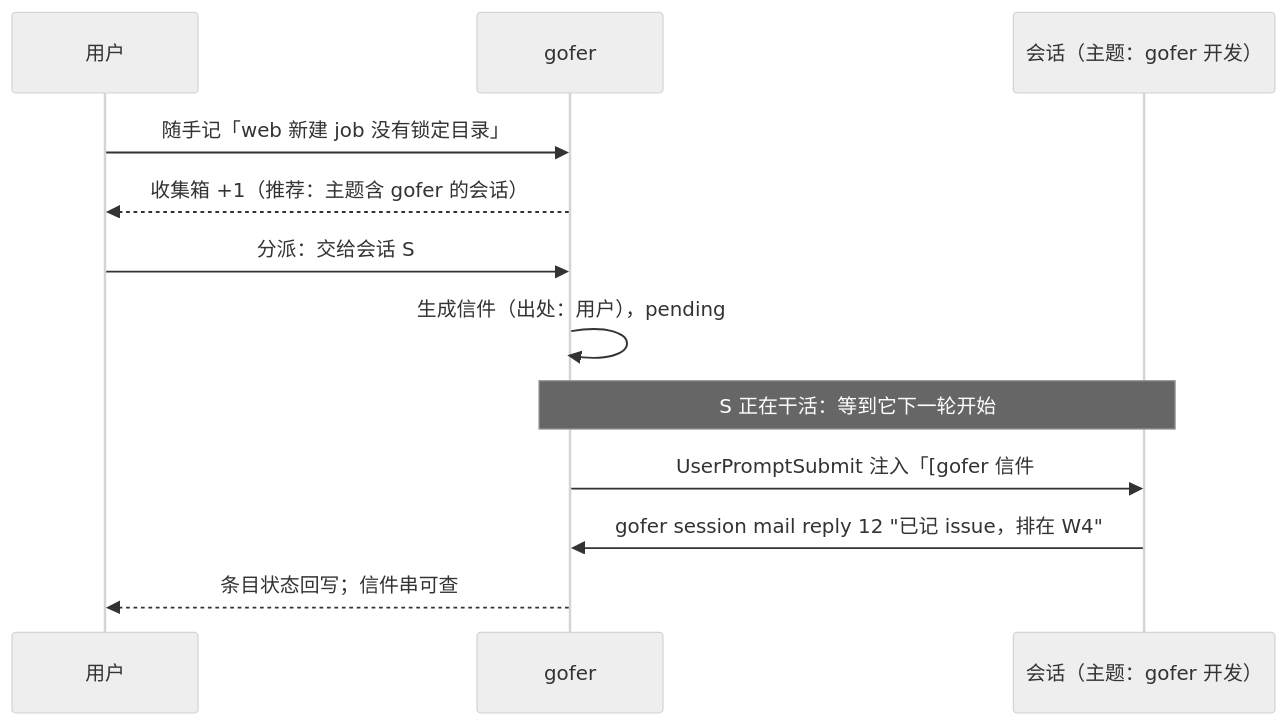
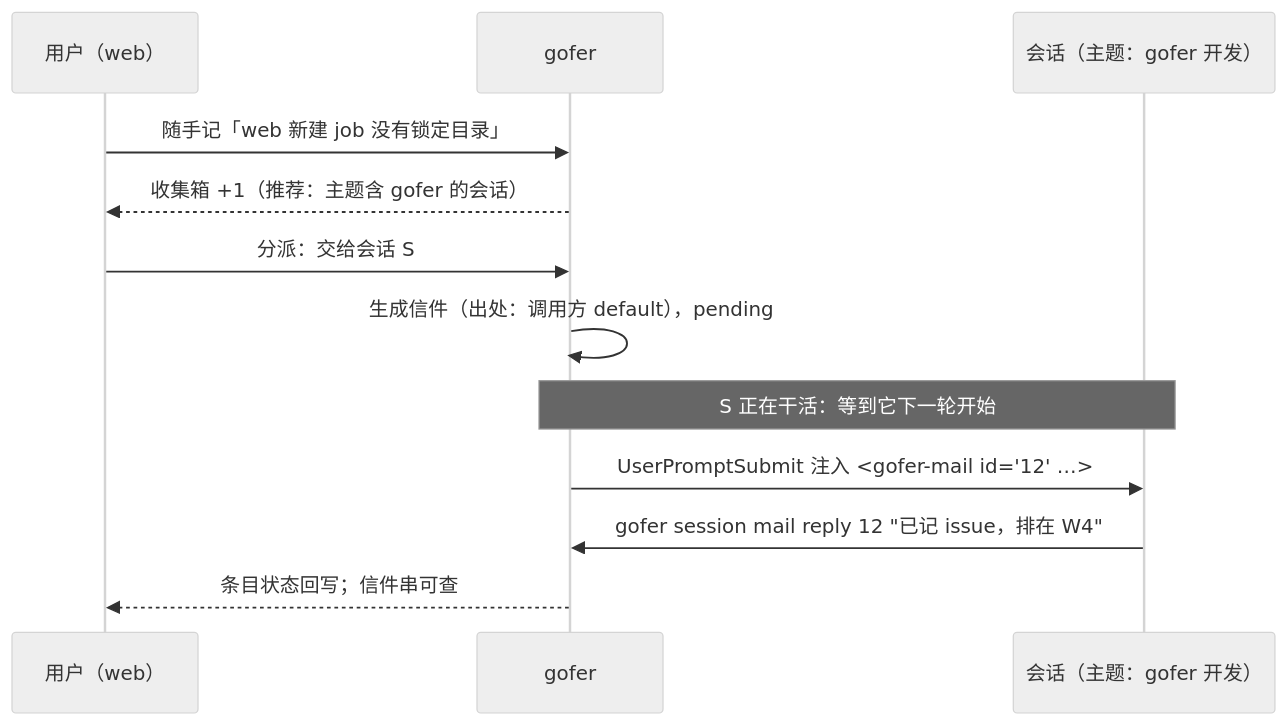
One commit to inhere/gofer changed the second of 3 diagrams in docs/design/2026-10-16-session-topics-mailbox-and-inbox-design.md. Above: the diagram before and after it, drawn with Mermaid (neutral theme). The commit also changed other lines of this file, not shown here.

````diff
--- a/docs/design/2026-10-16-session-topics-mailbox-and-inbox-design.md
+++ b/docs/design/2026-10-16-session-topics-mailbox-and-inbox-design.md
@@ -257,14 +279,14 @@
 ```mermaid
 sequenceDiagram
-  participant U as 用户
+  participant U as 用户（web）
   participant G as gofer
   participant S as 会话（主题：gofer 开发）
   U->>G: 随手记「web 新建 job 没有锁定目录」
   G-->>U: 收集箱 +1（推荐：主题含 gofer 的会话）
   U->>G: 分派：交给会话 S
-  G->>G: 生成信件（出处：用户），pending
+  G->>G: 生成信件（出处：调用方 default），pending
   Note over G,S: S 正在干活：等到它下一轮开始
-  G->>S: UserPromptSubmit 注入「[gofer 信件 #12 来自 用户] …」
+  G->>S: UserPromptSubmit 注入 <gofer-mail id="12" …>
   S->>G: gofer session mail reply 12 "已记 issue，排在 W4"
   G-->>U: 条目状态回写；信件串可查
 ```
````
